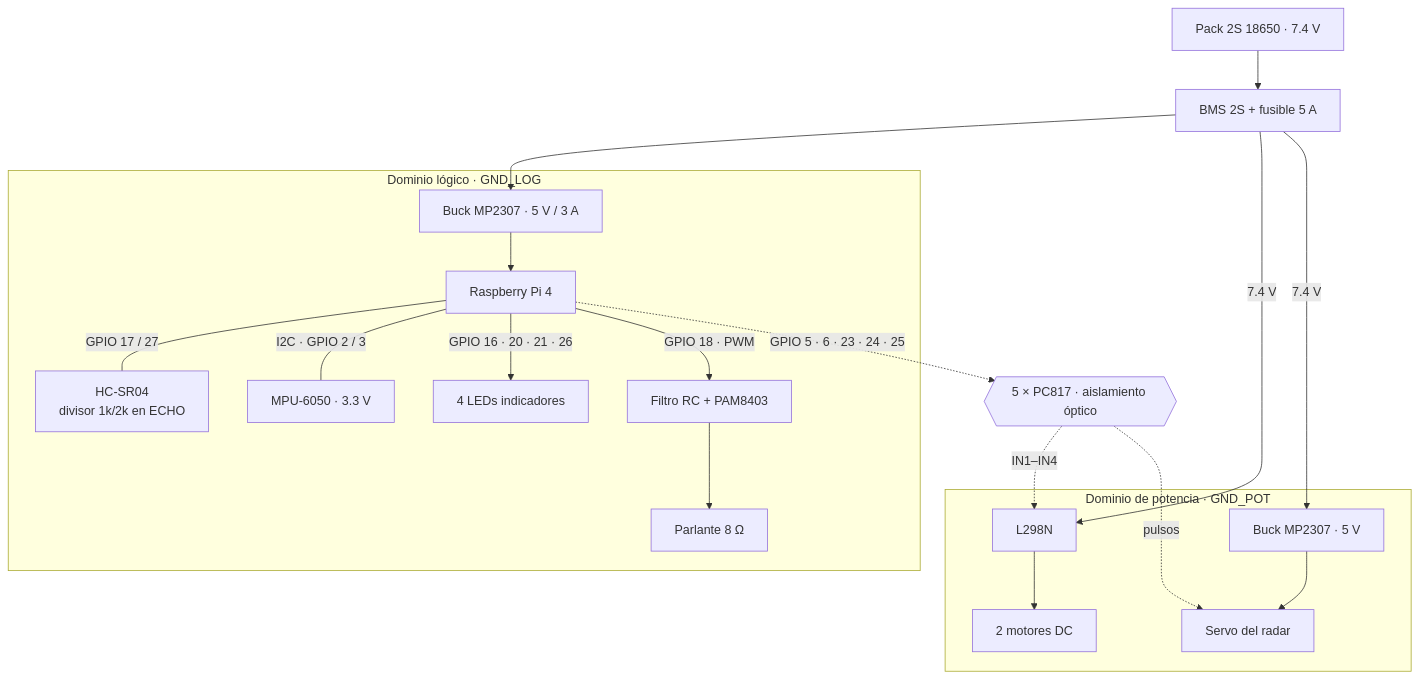
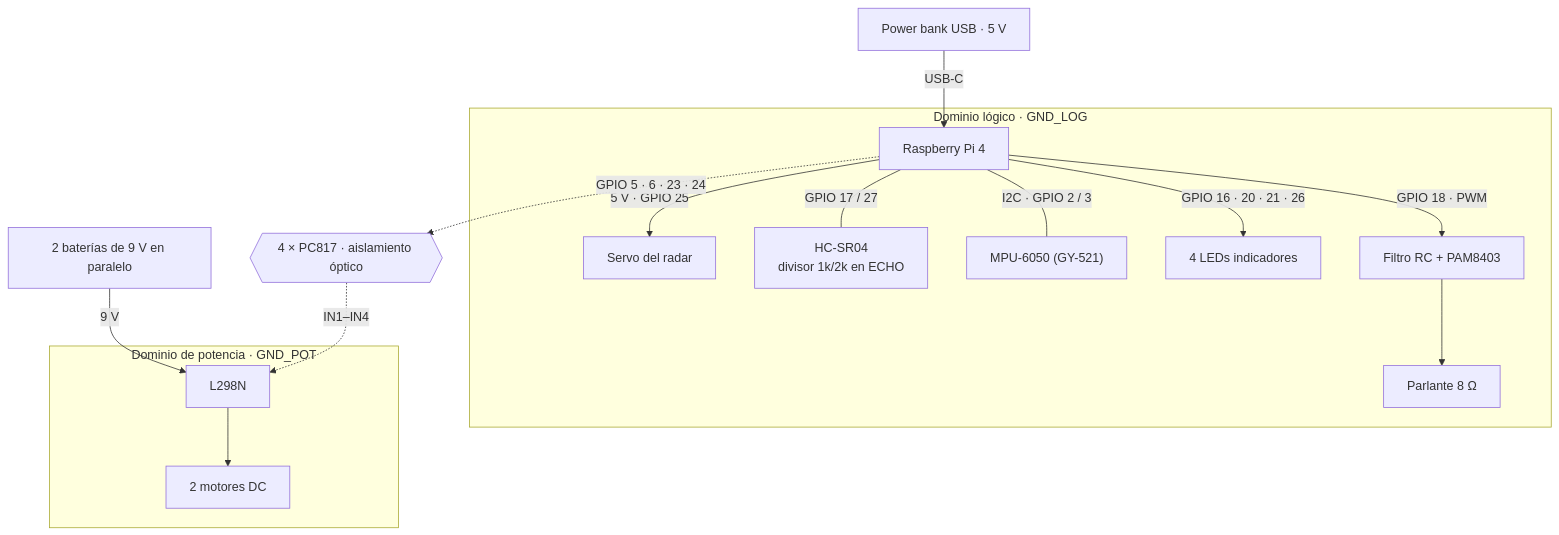
One commit to Randall-BL/EmpotradosProyecto1 changed the first of 2 diagrams in README.md. Above: the diagram before and after it, drawn with Mermaid. The commit also changed other lines of this file and 2 other files, not shown here.

````diff
--- a/README.md
+++ b/README.md
@@ -45,34 +46,32 @@
 ```mermaid
 flowchart TB
-    BAT["Pack 2S 18650 · 7.4 V"] --> BMS["BMS 2S + fusible 5 A"]
+    PB["Power bank USB · 5 V"]
+    BAT["2 baterías de 9 V en paralelo"]
 
     subgraph LOG["Dominio lógico · GND_LOG"]
-        BUCK["Buck MP2307 · 5 V / 3 A"]
         PI["Raspberry Pi 4"]
+        SERVO["Servo del radar"]
         HC["HC-SR04<br/>divisor 1k/2k en ECHO"]
-        MPU["MPU-6050 · 3.3 V"]
+        MPU["MPU-6050 (GY-521)"]
         LED["4 LEDs indicadores"]
         AMP["Filtro RC + PAM8403"]
         SPK["Parlante 8 Ω"]
     end
 
-    OPTO{{"5 × PC817 · aislamiento óptico"}}
+    OPTO{{"4 × PC817 · aislamiento óptico"}}
 
     subgraph POT["Dominio de potencia · GND_POT"]
         L298["L298N"]
         MOT["2 motores DC"]
-        BUCK2["Buck MP2307 · 5 V"]
-        SERVO["Servo del radar"]
     end
 
-    BMS --> BUCK --> PI
-    BMS -- "7.4 V" --> L298 --> MOT
-    BMS -- "7.4 V" --> BUCK2 --> SERVO
+    PB -- "USB-C" --> PI
+    BAT -- "9 V" --> L298 --> MOT
+    PI -- "5 V · GPIO 25" --> SERVO
     PI -- "GPIO 17 / 27" --- HC
     PI -- "I2C · GPIO 2 / 3" --- MPU
     PI -- "GPIO 16 · 20 · 21 · 26" --> LED
     PI -- "GPIO 18 · PWM" --> AMP --> SPK
-    PI -. "GPIO 5 · 6 · 23 · 24 · 25" .-> OPTO
+    PI -. "GPIO 5 · 6 · 23 · 24" .-> OPTO
     OPTO -. "IN1–IN4" .-> L298
-    OPTO -. "pulsos" .-> SERVO
 ```
````
